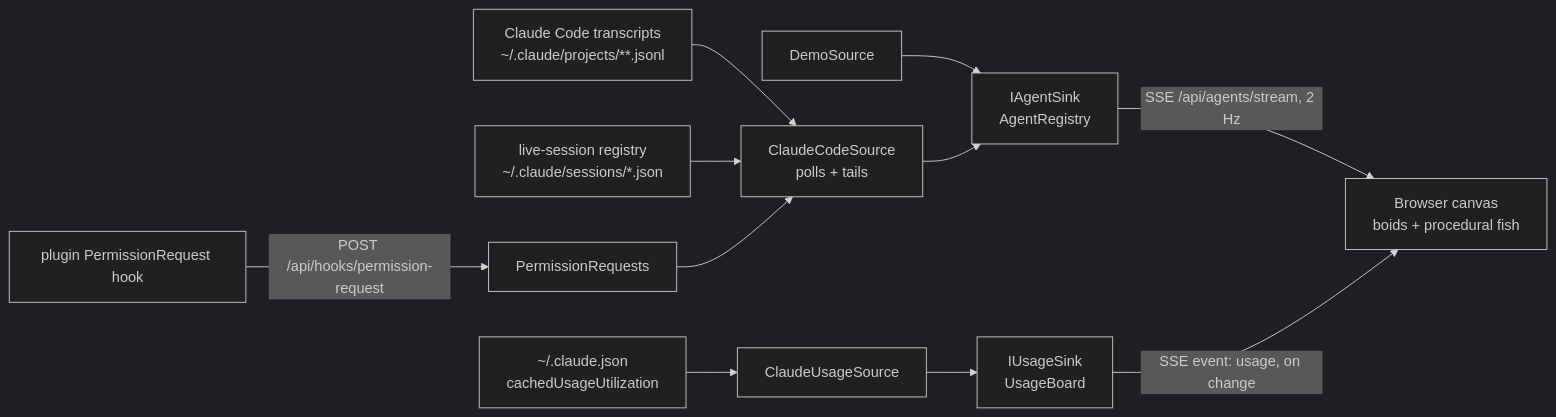
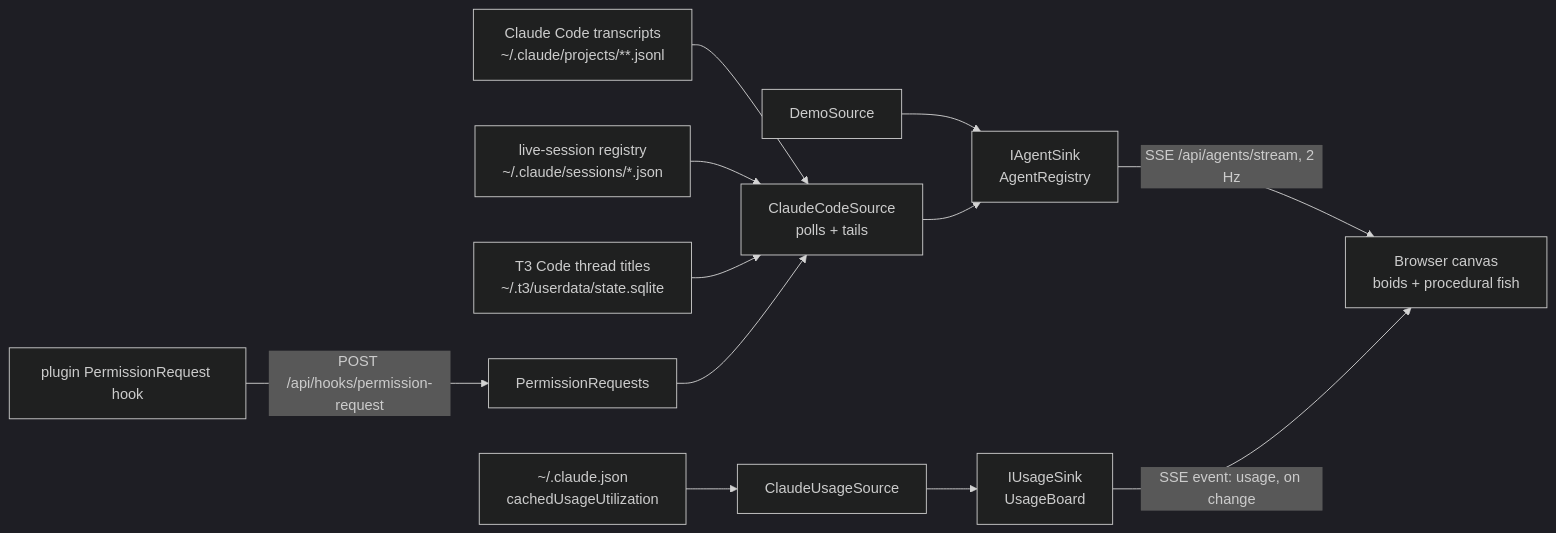
One commit to guyvdn/AgentAquarium changed the diagram in README.md. Above: the diagram before and after it, drawn with Mermaid (dark theme). The commit also changed other lines of this file and 6 other files, not shown here.

First line of the commit message:
T3 Code sessions show T3 Code's thread title, not Claude's

````diff
--- a/README.md
+++ b/README.md
@@ -68,11 +69,12 @@
 ```mermaid
 flowchart LR
   T[Claude Code transcripts<br/>~/.claude/projects/**.jsonl] --> CC[ClaudeCodeSource<br/>polls + tails]
   L[live-session registry<br/>~/.claude/sessions/*.json] --> CC
+  T3[T3 Code thread titles<br/>~/.t3/userdata/state.sqlite] --> CC
   H[plugin PermissionRequest hook] -->|POST /api/hooks/permission-request| PR[PermissionRequests] --> CC
   D[DemoSource] --> S
   CC --> S[IAgentSink<br/>AgentRegistry]
   U[~/.claude.json<br/>cachedUsageUtilization] --> CU[ClaudeUsageSource] --> UB[IUsageSink<br/>UsageBoard]
   S -->|SSE /api/agents/stream, 2 Hz| B[Browser canvas<br/>boids + procedural fish]
   UB -->|SSE event: usage, on change| B
 ```
````
